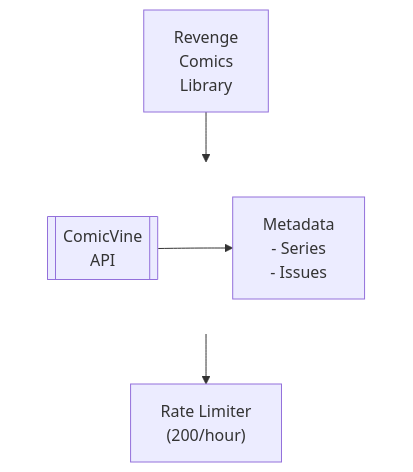
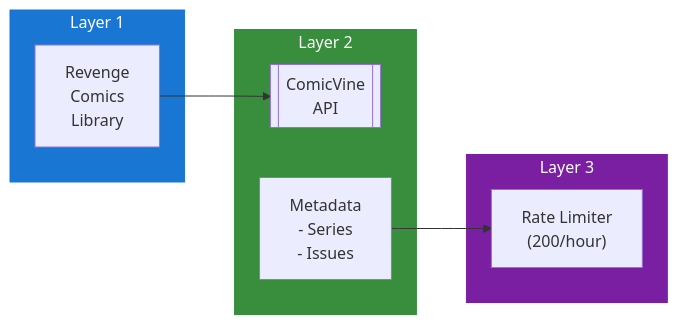
The diagram in docs/dev/design/integrations/metadata/comics/COMICVINE.md (lusoris/revenge), drawn with Mermaid before and after one commit. The commit also changed 215 other files, not shown here.

First line of the commit message:
feat(diagrams): convert all ASCII diagrams to Mermaid with LR subgraphs

````diff
--- a/docs/dev/design/integrations/metadata/comics/COMICVINE.md
+++ b/docs/dev/design/integrations/metadata/comics/COMICVINE.md
@@ -57,16 +57,24 @@
 ```mermaid
-flowchart TD
-    node1["Revenge<br/>Comics<br/>Library"]
-    subgraph row1[ ]
-        direction LR
+flowchart LR
+    subgraph Layer1["Layer 1"]
+        node1["Revenge<br/>Comics<br/>Library"]
+    end
+
+    subgraph Layer2["Layer 2"]
         node2[["ComicVine<br/>API"]]
         node3["Metadata<br/>- Series<br/>- Issues"]
     end
-    node4["Rate Limiter<br/>(200/hour)"]
-    node2 --> node3
+
+    subgraph Layer3["Layer 3"]
+        node4["Rate Limiter<br/>(200/hour)"]
+    end
+
+    %% Connections
     node1 --> node2
     node3 --> node4
 
-    %% Hide row subgraph borders
-    style row1 fill:transparent,stroke:transparent
+    %% Styling
+    style Layer1 fill:#1976D2,stroke:#1976D2,color:#fff
+    style Layer2 fill:#388E3C,stroke:#388E3C,color:#fff
+    style Layer3 fill:#7B1FA2,stroke:#7B1FA2,color:#fff
 ```
````
